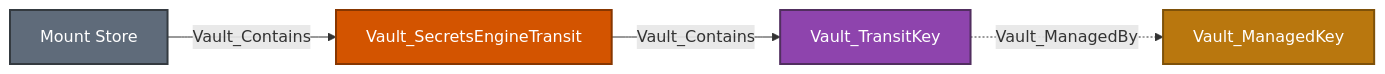
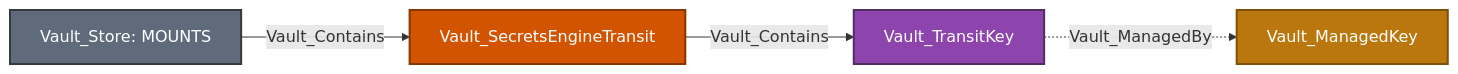
One commit to bytewreck/opengraph-vault changed diagram 28 of 29 in Documentation/stores/MOUNTS.md. Above: the diagram before and after it, drawn with Mermaid. The commit also changed other lines of this file and 13 other files, not shown here.

````diff
--- a/Documentation/stores/MOUNTS.md
+++ b/Documentation/stores/MOUNTS.md
@@ -1543,11 +1605,11 @@
 ```mermaid
 flowchart LR
-    store[Mount Store]:::storeNode -->|Vault_Contains| mount[Vault_SecretsEngineTransit]:::mountNode
+    store[Vault_Store: MOUNTS]:::storeNode -->|Vault_Contains| mount[Vault_SecretsEngineTransit]:::mountNode
     mount -->|Vault_Contains| key[Vault_TransitKey]:::transitKeyNode
     key -.->|Vault_ManagedBy| managed[Vault_ManagedKey]:::managedKeyNode
 
     classDef storeNode fill:#5F6B7A,color:#fff,stroke:#343A40,stroke-width:2px
     classDef mountNode fill:#D35400,color:#fff,stroke:#873600,stroke-width:2px
     classDef transitKeyNode fill:#8E44AD,color:#fff,stroke:#512E5F,stroke-width:2px
     classDef managedKeyNode fill:#B9770E,color:#fff,stroke:#7E5109,stroke-width:2px
 ```
````
